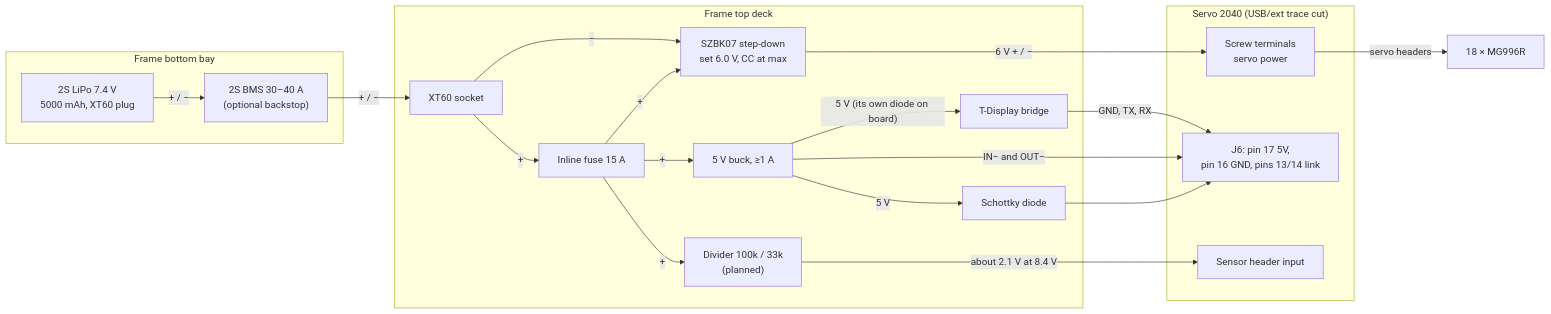
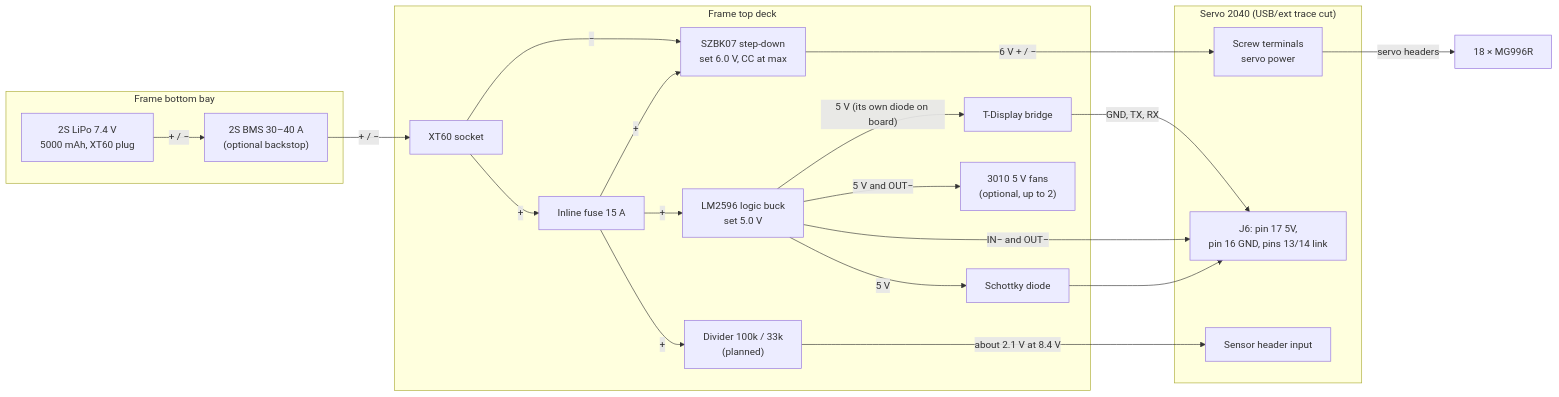
The diagram in .claude/skills/spooder-hardware-check/SKILL.md (blackfyre/spooder), drawn with Mermaid before and after one commit. The commit also changed other lines of this file and 7 other files, not shown here.

````diff
--- a/.claude/skills/spooder-hardware-check/SKILL.md
+++ b/.claude/skills/spooder-hardware-check/SKILL.md
@@ -40,35 +40,37 @@
 ```mermaid
 flowchart LR
     subgraph bay["Frame bottom bay"]
         PACK["2S LiPo 7.4 V<br/>5000 mAh, XT60 plug"]
         BMS["2S BMS 30–40 A<br/>(optional backstop)"]
     end
     subgraph deck["Frame top deck"]
         XT["XT60 socket"]
         FUSE["Inline fuse 15 A"]
         BUCK["SZBK07 step-down<br/>set 6.0 V, CC at max"]
-        LOGIC["5 V buck, ≥1 A"]
+        LOGIC["LM2596 logic buck<br/>set 5.0 V"]
         D1["Schottky diode"]
         DIV["Divider 100k / 33k<br/>(planned)"]
         TD["T-Display bridge"]
+        FANS["3010 5 V fans<br/>(optional, up to 2)"]
     end
     subgraph s2040["Servo 2040 (USB/ext trace cut)"]
         TERM["Screw terminals<br/>servo power"]
         J6["J6: pin 17 5V,<br/>pin 16 GND, pins 13/14 link"]
         SENS["Sensor header input"]
     end
     SERVOS["18 × MG996R"]
 
     PACK -- "+ / −" --> BMS -- "+ / −" --> XT
     XT -- "+" --> FUSE
     FUSE -- "+" --> BUCK
     XT -- "−" --> BUCK
     BUCK -- "6 V + / −" --> TERM -- "servo headers" --> SERVOS
     FUSE -- "+" --> LOGIC
     FUSE -- "+" --> DIV
     LOGIC -- "5 V" --> D1 --> J6
     LOGIC -- "5 V (its own diode on board)" --> TD
+    LOGIC -- "5 V and OUT−" --> FANS
     LOGIC -- "IN− and OUT−" --> J6
     TD -- "GND, TX, RX" --> J6
     DIV -- "about 2.1 V at 8.4 V" --> SENS
 ```
````
